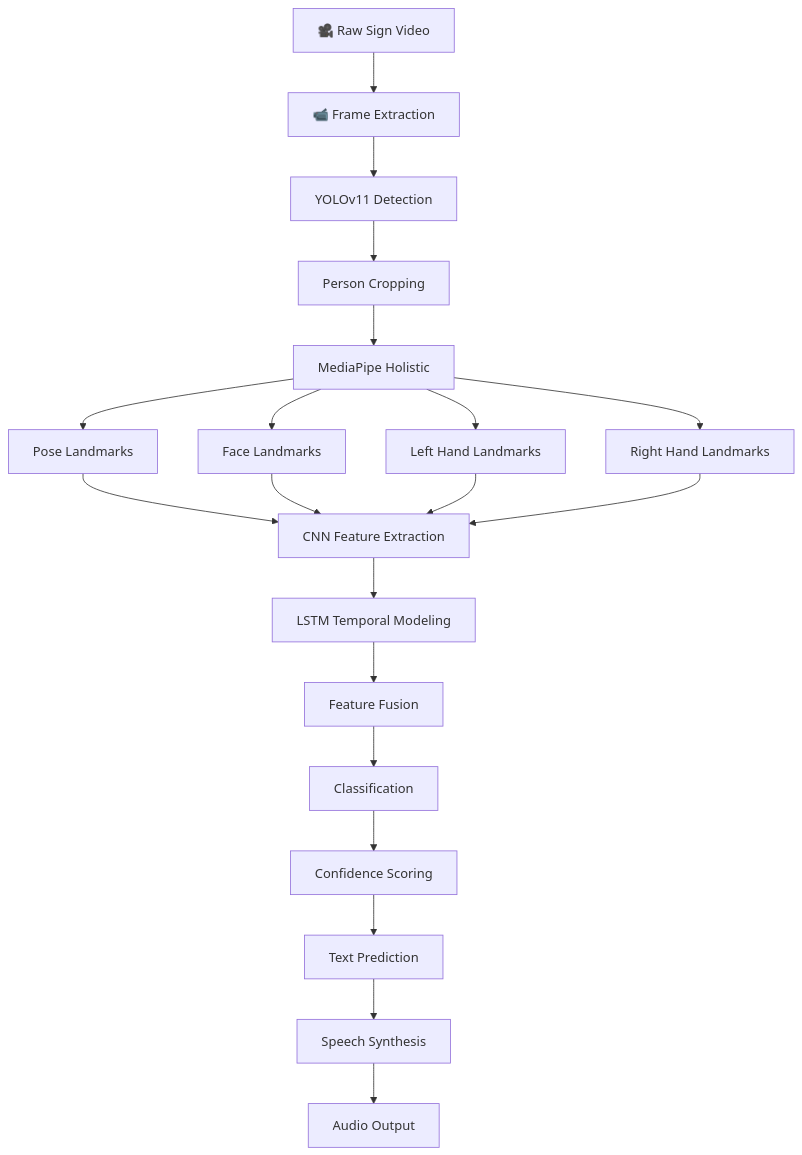
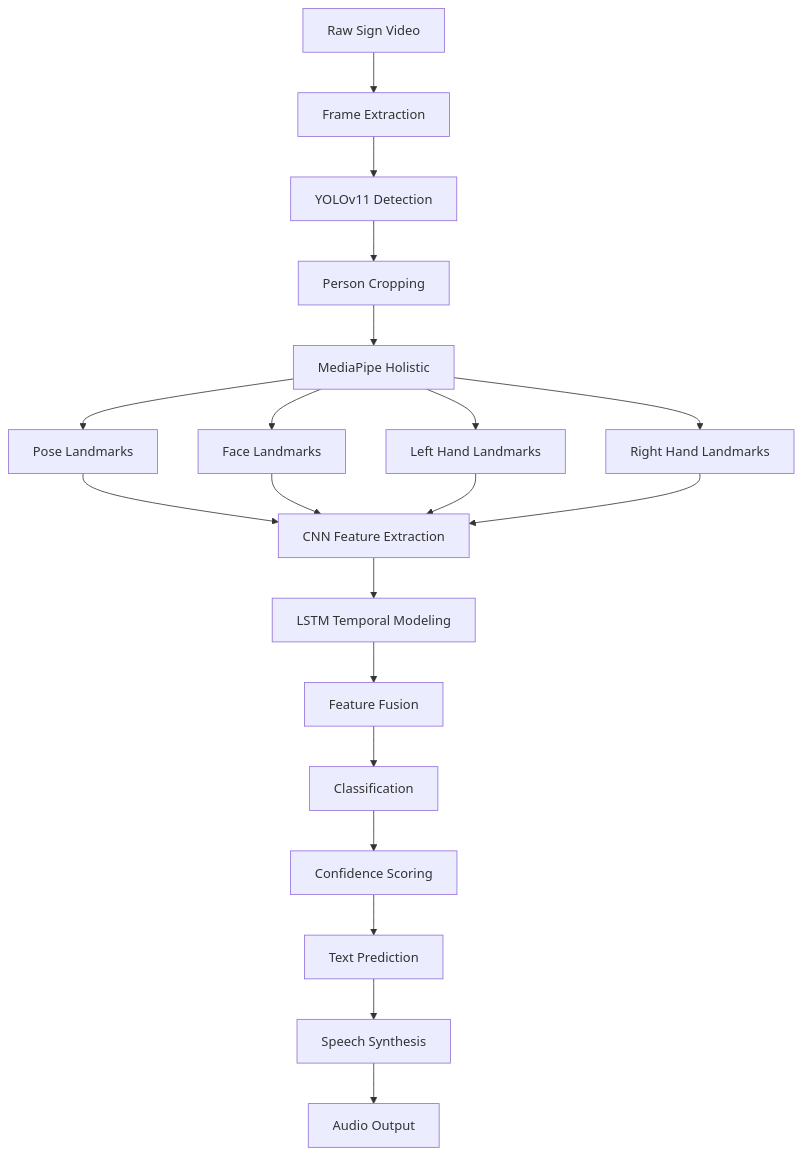
Before and after one commit to Sainava/Sign-Language-to-Speech: the seventh of 7 diagrams in WORKFLOW_DIAGRAM.md, drawn with Mermaid.

````diff
--- a/WORKFLOW_DIAGRAM.md
+++ b/WORKFLOW_DIAGRAM.md
@@ -265,25 +265,25 @@
 ```mermaid
 graph TD
-    A[🎥 Raw Sign Video] --> B[📹 Frame Extraction]
+    A[Raw Sign Video] --> B[Frame Extraction]
     B --> C[YOLOv11 Detection]
     C --> D[Person Cropping]
     D --> E[MediaPipe Holistic]
     
     E --> F[Pose Landmarks]
     E --> G[Face Landmarks]
     E --> H[Left Hand Landmarks]
     E --> I[Right Hand Landmarks]
     
     F --> J[CNN Feature Extraction]
     G --> J
     H --> J
     I --> J
     
     J --> K[LSTM Temporal Modeling]
     K --> L[Feature Fusion]
     L --> M[Classification]
     M --> N[Confidence Scoring]
     N --> O[Text Prediction]
     O --> P[Speech Synthesis]
     P --> Q[Audio Output]
 ```
````
